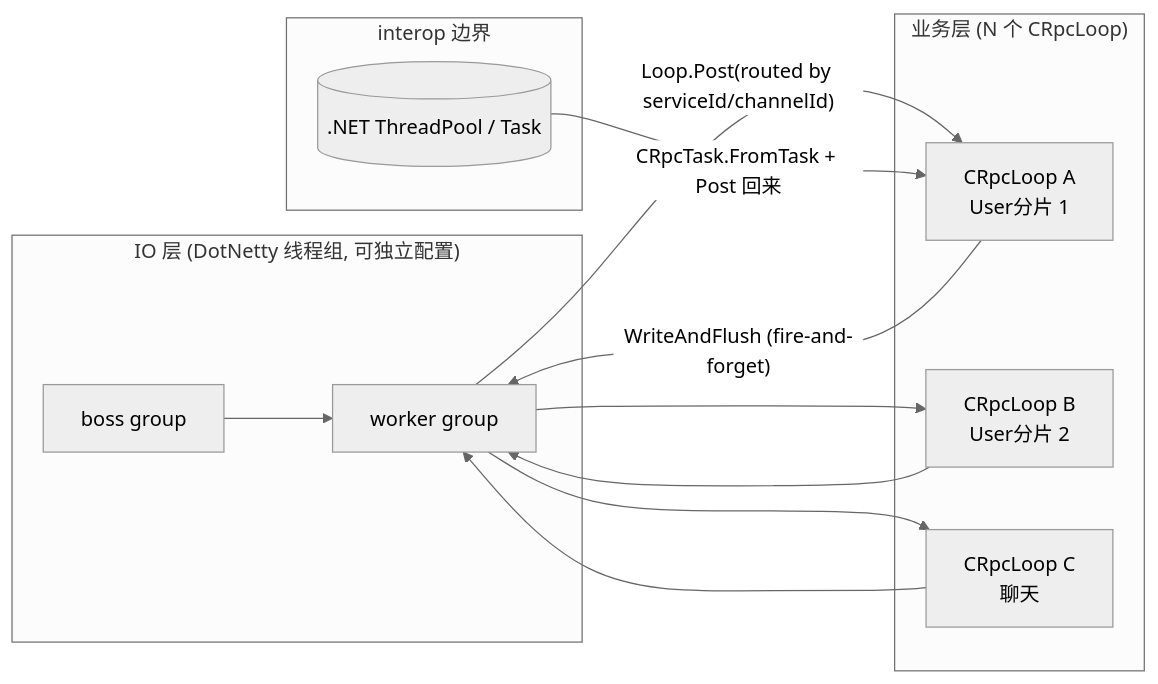
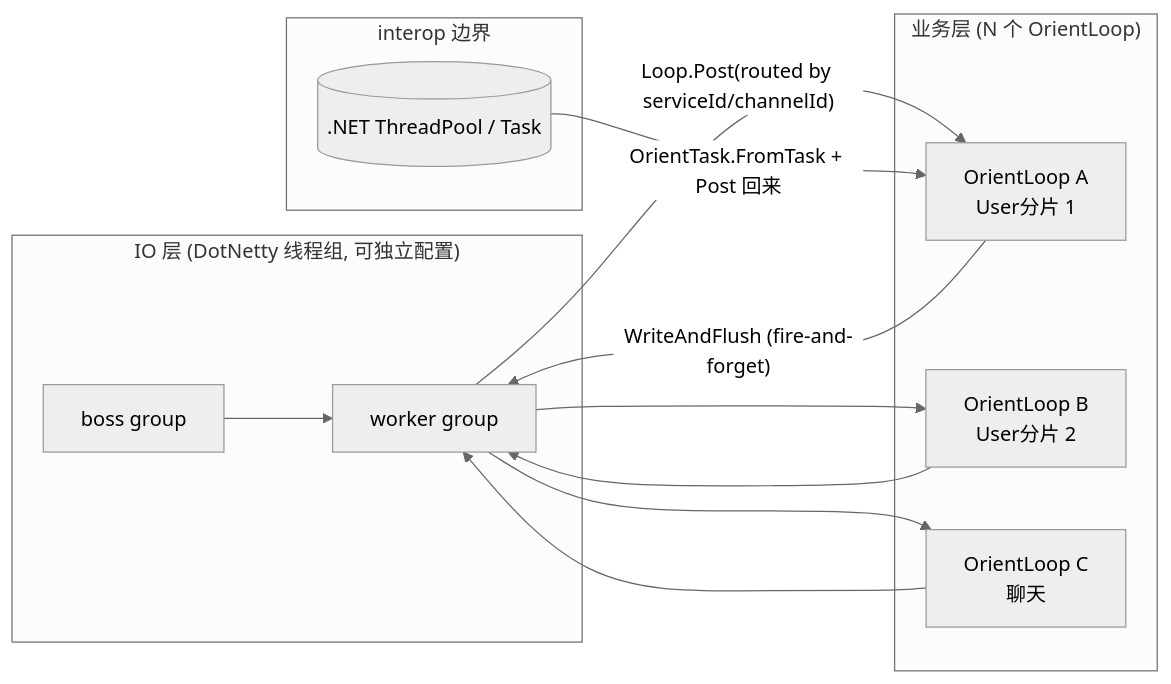
One commit to orientye/orientdotnet changed the fifth of 5 diagrams in Doc/architecture-draft.md. Above: the diagram before and after it, drawn with Mermaid (neutral theme). The commit also changed other lines of this file, not shown here.

````diff
--- a/Doc/architecture-draft.md
+++ b/Doc/architecture-draft.md
@@ -829,24 +822,24 @@
 ```mermaid
 flowchart LR
     subgraph IO["IO 层 (DotNetty 线程组, 可独立配置)"]
         Boss[boss group]
         Worker[worker group]
     end
-    subgraph Business["业务层 (N 个 CRpcLoop)"]
-        L1[CRpcLoop A<br/>User分片 1]
-        L2[CRpcLoop B<br/>User分片 2]
-        L3[CRpcLoop C<br/>聊天]
+    subgraph Business["业务层 (N 个 OrientLoop)"]
+        L1[OrientLoop A<br/>User分片 1]
+        L2[OrientLoop B<br/>User分片 2]
+        L3[OrientLoop C<br/>聊天]
     end
     subgraph Interop["interop 边界"]
         TP[(.NET ThreadPool / Task)]
     end
 
     Boss --> Worker
     Worker -- "Loop.Post(routed by serviceId/channelId)" --> L1
     Worker --> L2
     Worker --> L3
     L1 -- "WriteAndFlush (fire-and-forget)" --> Worker
     L2 --> Worker
     L3 --> Worker
-    TP -- "CRpcTask.FromTask + Post 回来" --> L1
+    TP -- "OrientTask.FromTask + Post 回来" --> L1
 ```
````
